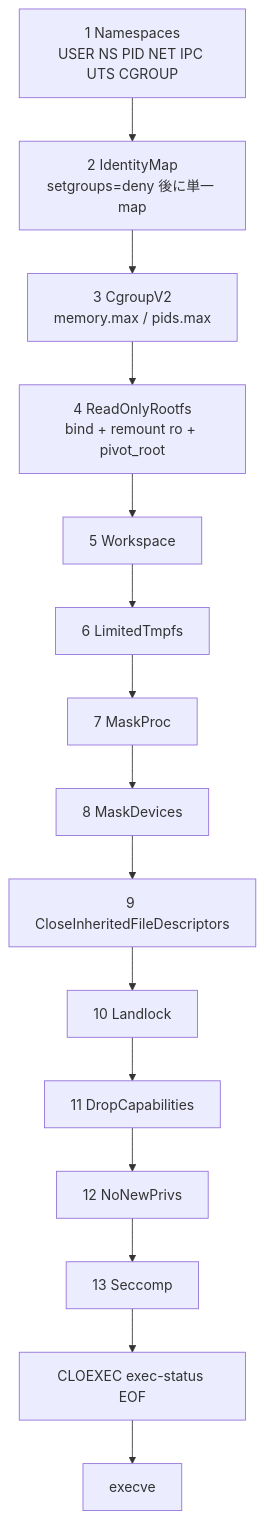
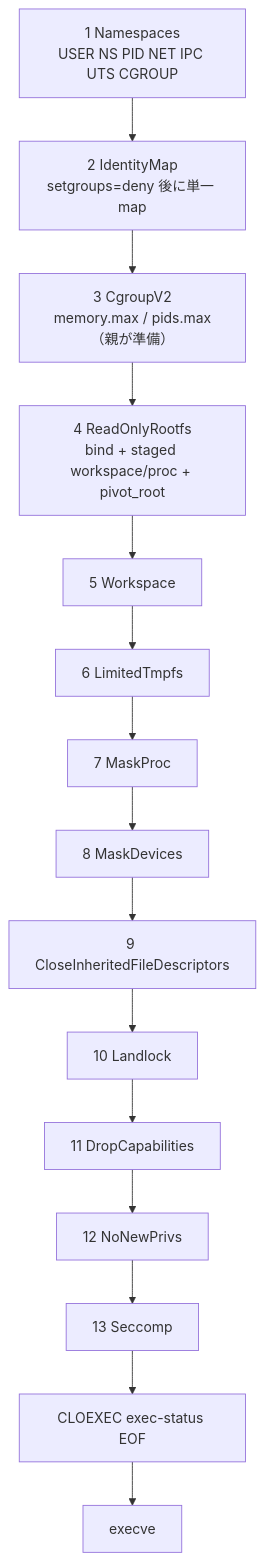
The diagram in docs/runtime-isolation/apply-order.md (Aqua-218/SecCamp-AIAgent), drawn with Mermaid before and after one commit. The commit also changed other lines of this file, not shown here.

````diff
--- a/docs/runtime-isolation/apply-order.md
+++ b/docs/runtime-isolation/apply-order.md
@@ -29,17 +29,17 @@
 ```mermaid
 flowchart TB
     ns["1 Namespaces<br/>USER NS PID NET IPC UTS CGROUP"] --> idmap["2 IdentityMap<br/>setgroups=deny 後に単一 map"]
-    idmap --> cg["3 CgroupV2<br/>memory.max / pids.max"]
-    cg --> rootfs["4 ReadOnlyRootfs<br/>bind + remount ro + pivot_root"]
+    idmap --> cg["3 CgroupV2<br/>memory.max / pids.max（親が準備）"]
+    cg --> rootfs["4 ReadOnlyRootfs<br/>bind + staged workspace/proc + pivot_root"]
     rootfs --> ws["5 Workspace"]
     ws --> tmp["6 LimitedTmpfs"]
     tmp --> proc["7 MaskProc"]
     proc --> dev["8 MaskDevices"]
     dev --> fd["9 CloseInheritedFileDescriptors"]
     fd --> ll["10 Landlock"]
     ll --> caps["11 DropCapabilities"]
     caps --> nnp["12 NoNewPrivs"]
     nnp --> sec["13 Seccomp"]
     sec --> ack["CLOEXEC exec-status EOF"]
     ack --> exec["execve"]
 ```
````
